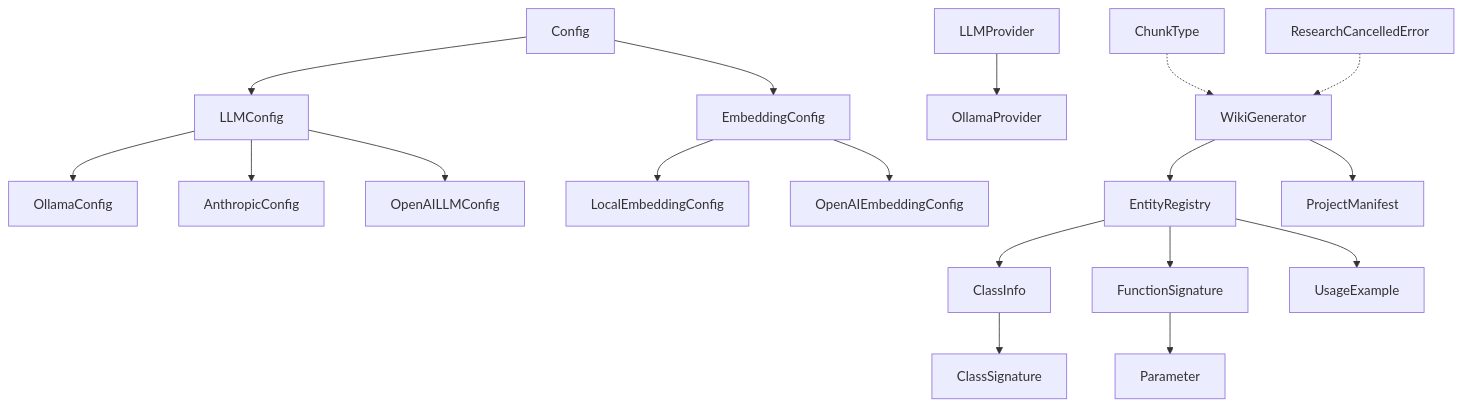
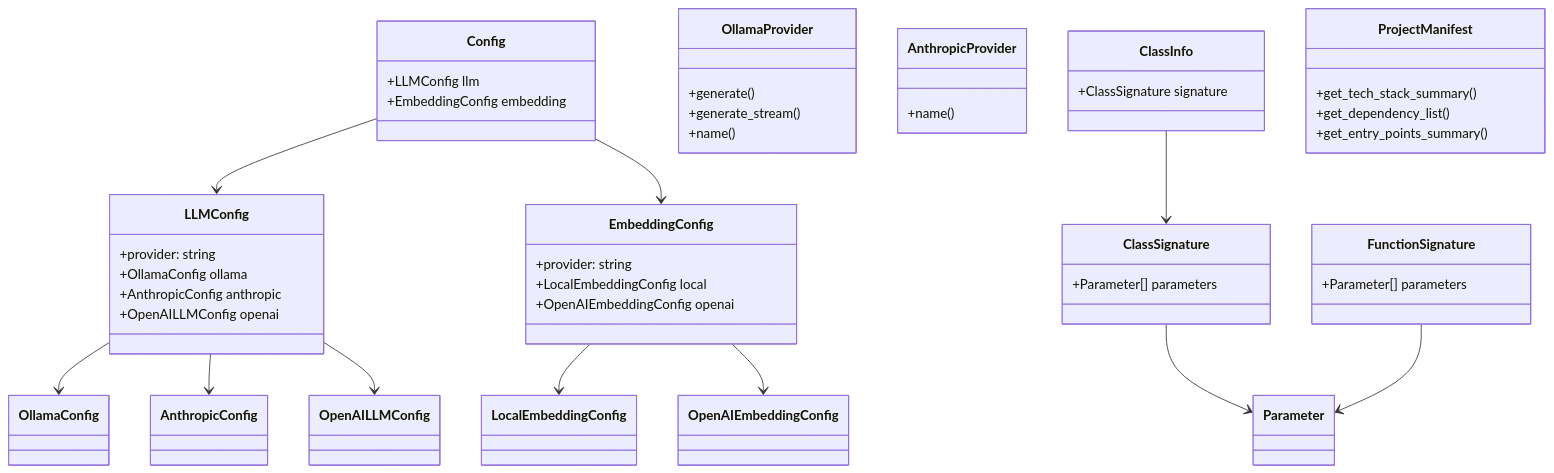
Before and after one commit to UrbanDiver/local-deepwiki-mcp: the first of 4 diagrams in .deepwiki/architecture.md, drawn with Mermaid. The commit also changed other lines of this file and 53 other files, not shown here.

````diff
--- a/.deepwiki/architecture.md
+++ b/.deepwiki/architecture.md
@@ -53,27 +48,59 @@
 ```mermaid
-graph TB
+classDiagram
+    class Config {
+        +LLMConfig llm
+        +EmbeddingConfig embedding
+    }
+    
+    class LLMConfig {
+        +provider: string
+        +OllamaConfig ollama
+        +AnthropicConfig anthropic
+        +OpenAILLMConfig openai
+    }
+    
+    class EmbeddingConfig {
+        +provider: string
+        +LocalEmbeddingConfig local
+        +OpenAIEmbeddingConfig openai
+    }
+    
+    class OllamaProvider {
+        +generate()
+        +generate_stream()
+        +name()
+    }
+    
+    class AnthropicProvider {
+        +name()
+    }
+    
+    class ClassInfo {
+        +ClassSignature signature
+    }
+    
+    class ClassSignature {
+        +Parameter[] parameters
+    }
+    
+    class FunctionSignature {
+        +Parameter[] parameters
+    }
+    
+    class ProjectManifest {
+        +get_tech_stack_summary()
+        +get_dependency_list()
+        +get_entry_points_summary()
+    }
+    
     Config --> LLMConfig
     Config --> EmbeddingConfig
-    
     LLMConfig --> OllamaConfig
-    LLMConfig --> AnthropicConfig  
+    LLMConfig --> AnthropicConfig
     LLMConfig --> OpenAILLMConfig
-    
     EmbeddingConfig --> LocalEmbeddingConfig
     EmbeddingConfig --> OpenAIEmbeddingConfig
-    
-    LLMProvider --> OllamaProvider
-    
-    WikiGenerator --> EntityRegistry
-    WikiGenerator --> ProjectManifest
-    
-    EntityRegistry --> ClassInfo
-    EntityRegistry --> FunctionSignature
-    EntityRegistry --> UsageExample
-    
     ClassInfo --> ClassSignature
+    ClassSignature --> Parameter
     FunctionSignature --> Parameter
-    
-    ChunkType -.-> WikiGenerator
-    ResearchCancelledError -.-> WikiGenerator
 ```
````
